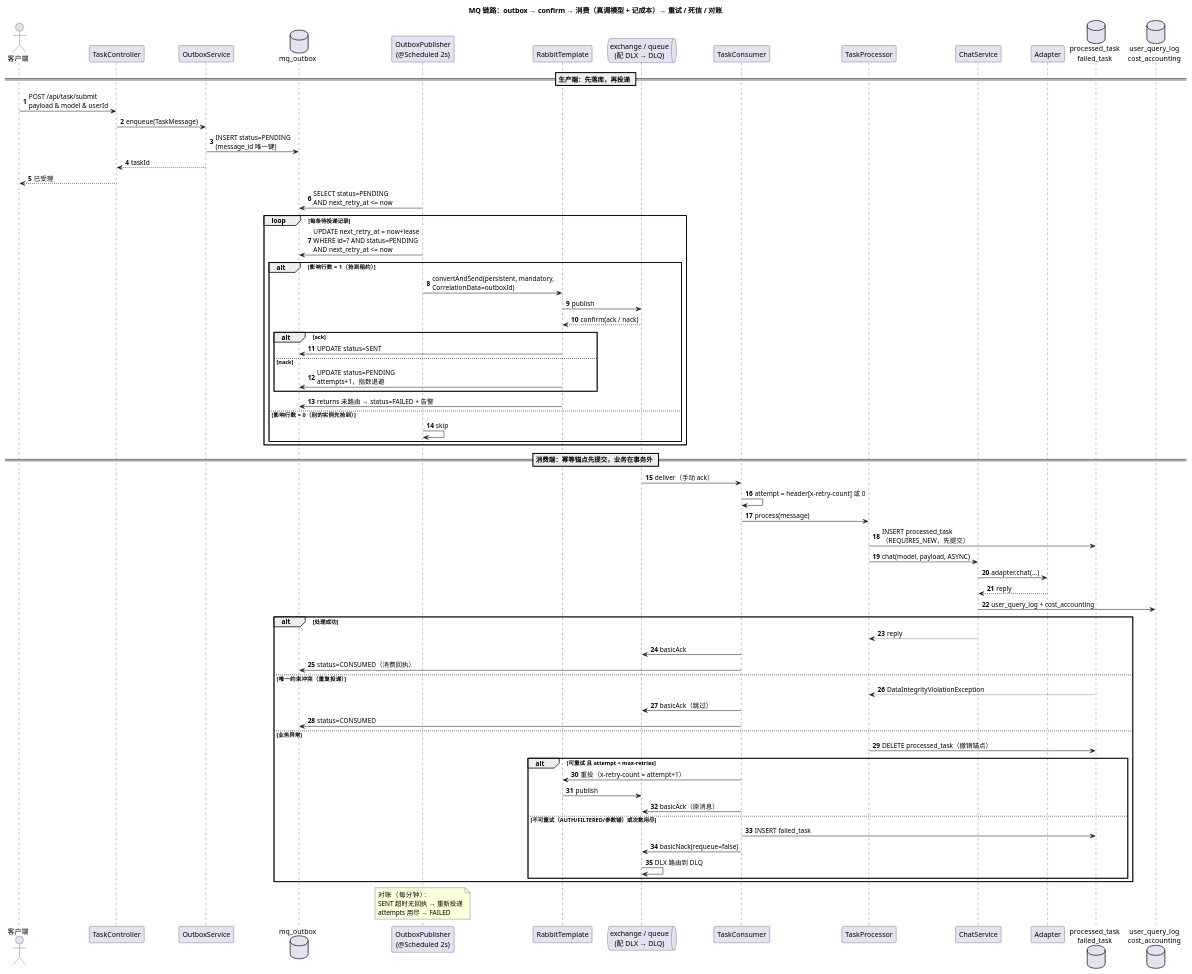
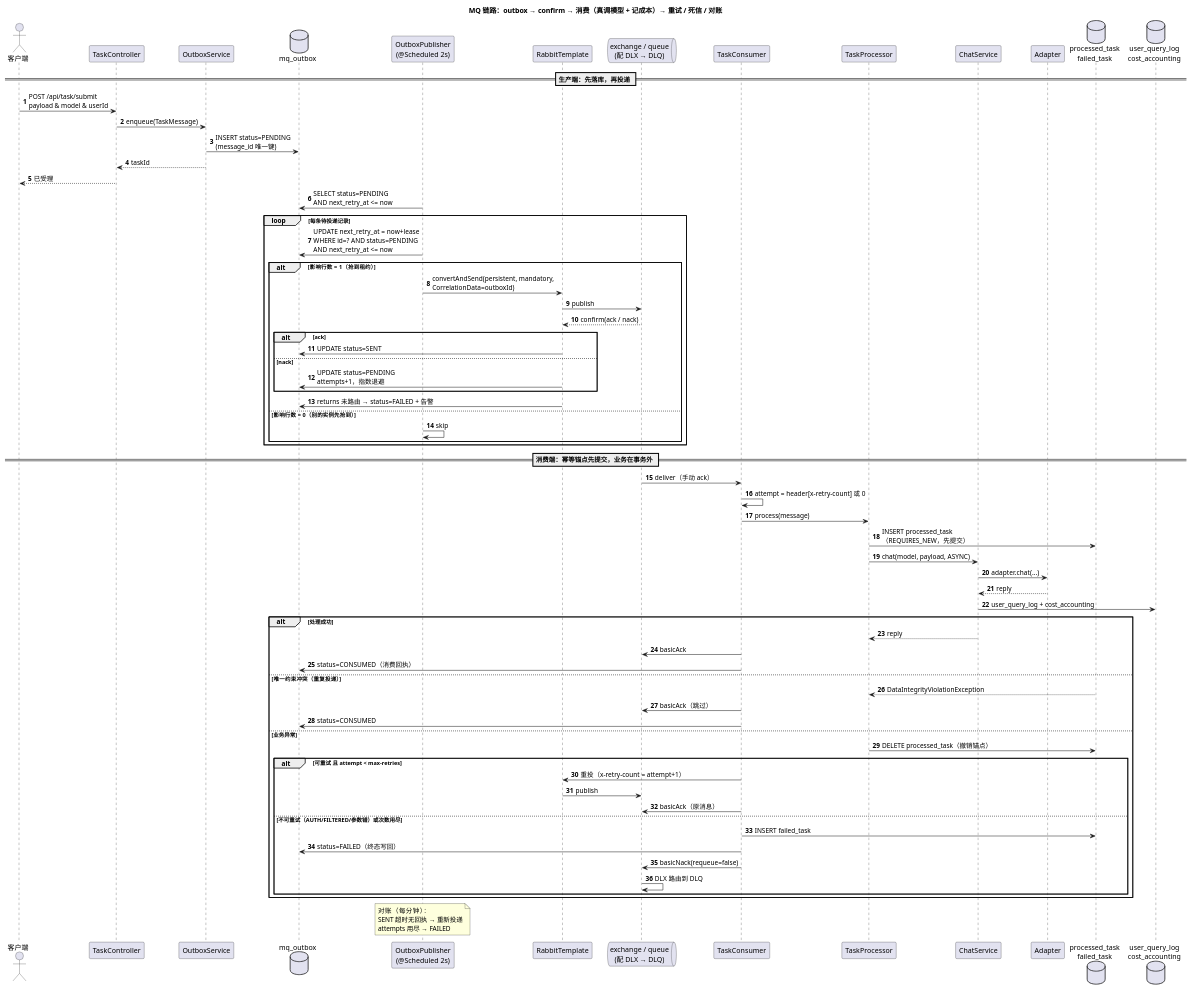
One commit to qkainan/maibao-technology-application changed the diagram in docs/diagrams/mq-sequence.puml. Above: the diagram before and after it, drawn with PlantUML. The commit also changed 9 other files, not shown here.

```diff
--- a/docs/diagrams/mq-sequence.puml
+++ b/docs/diagrams/mq-sequence.puml
@@ -1,80 +1,81 @@
 @startuml mq-sequence
 title MQ 链路：outbox → confirm → 消费（真调模型 + 记成本）→ 重试 / 死信 / 对账
 skinparam defaultFontName "Microsoft YaHei"
 skinparam shadowing false
 skinparam sequenceMessageAlign left
 skinparam responseMessageBelowArrow true
 autonumber
 
 actor 客户端
 participant "TaskController" as TC
 participant "OutboxService" as OS
 database "mq_outbox" as OB
 participant "OutboxPublisher\n(@Scheduled 2s)" as OP
 participant "RabbitTemplate" as RT
 queue "exchange / queue\n(配 DLX → DLQ)" as MQ
 participant "TaskConsumer" as CS
 participant "TaskProcessor" as TP
 participant "ChatService" as CHAT
 participant "Adapter" as AD
 database "processed_task\nfailed_task" as DB
 database "user_query_log\ncost_accounting" as USAGE
 
 == 生产端：先落库，再投递 ==
 客户端 -> TC : POST /api/task/submit\npayload & model & userId
 TC -> OS : enqueue(TaskMessage)
 OS -> OB : INSERT status=PENDING\n(message_id 唯一键)
 OS --> TC : taskId
 TC --> 客户端 : 已受理
 
 OP -> OB : SELECT status=PENDING\nAND next_retry_at <= now
 loop 每条待投递记录
   OP -> OB : UPDATE next_retry_at = now+lease\nWHERE id=? AND status=PENDING\nAND next_retry_at <= now
   alt 影响行数 = 1（抢到租约）
     OP -> RT : convertAndSend(persistent, mandatory,\nCorrelationData=outboxId)
     RT -> MQ : publish
     MQ --> RT : confirm(ack / nack)
     alt ack
       RT -> OB : UPDATE status=SENT
     else nack
       RT -> OB : UPDATE status=PENDING\nattempts+1，指数退避
     end
     RT -> OB : returns 未路由 → status=FAILED + 告警
   else 影响行数 = 0（别的实例先抢到）
     OP -> OP : skip
   end
 end
 
 == 消费端：幂等锚点先提交，业务在事务外 ==
 MQ -> CS : deliver（手动 ack）
 CS -> CS : attempt = header[x-retry-count] 或 0
 CS -> TP : process(message)
 TP -> DB : INSERT processed_task\n（REQUIRES_NEW，先提交）
 TP -> CHAT : chat(model, payload, ASYNC)
 CHAT -> AD : adapter.chat(...)
 AD --> CHAT : reply
 CHAT -> USAGE : user_query_log + cost_accounting
 
 alt 处理成功
   CHAT --> TP : reply
   CS -> MQ : basicAck
   CS -> OB : status=CONSUMED（消费回执）
 else 唯一约束冲突（重复投递）
   DB --> TP : DataIntegrityViolationException
   CS -> MQ : basicAck（跳过）
   CS -> OB : status=CONSUMED
 else 业务异常
   TP -> DB : DELETE processed_task（撤销锚点）
   alt 可重试 且 attempt < max-retries
     CS -> RT : 重投（x-retry-count = attempt+1）
     RT -> MQ : publish
     CS -> MQ : basicAck（原消息）
   else 不可重试（AUTH/FILTERED/参数错）或次数用尽
     CS -> DB : INSERT failed_task
+    CS -> OB : status=FAILED（终态写回）
     CS -> MQ : basicNack(requeue=false)
     MQ -> MQ : DLX 路由到 DLQ
   end
 end
 
 note over OP : 对账（每分钟）：\nSENT 超时无回执 → 重新投递\nattempts 用尽 → FAILED
 @enduml
```
